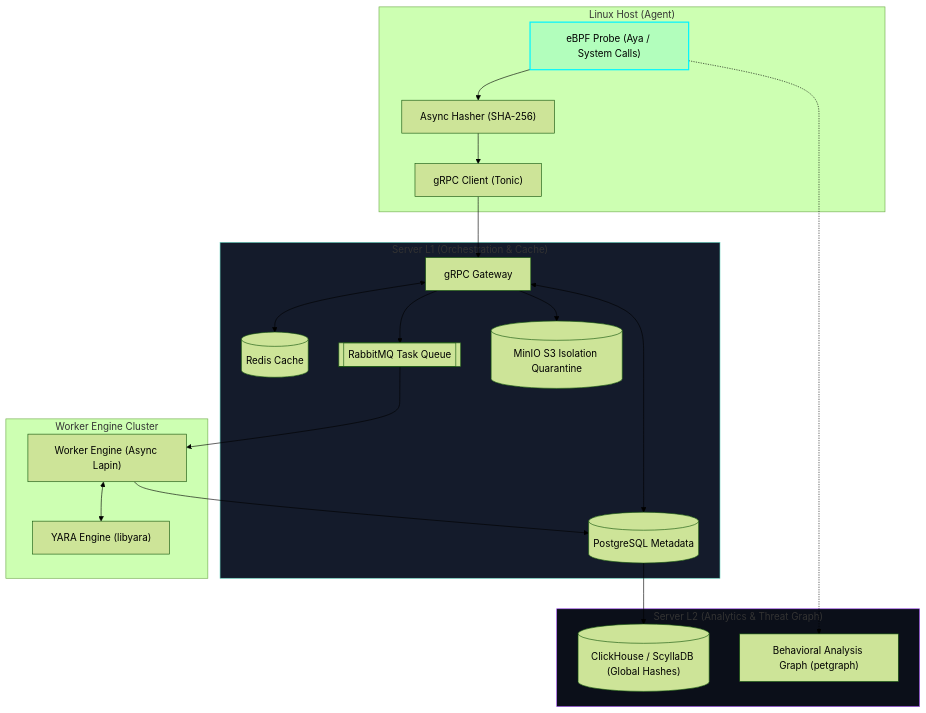
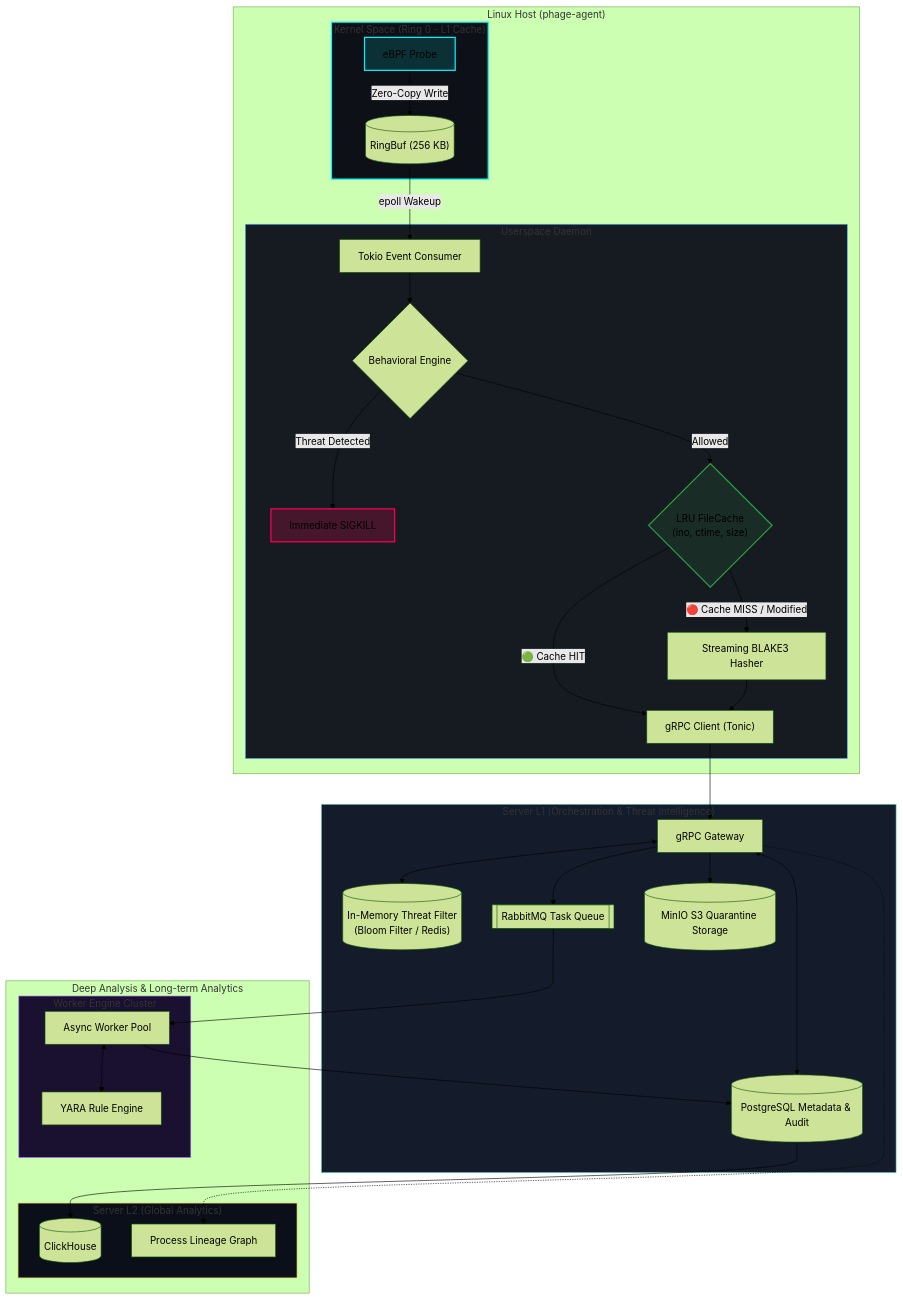
One commit to herabel/phage-rs changed the diagram in README.md. Above: the diagram before and after it, drawn with Mermaid (forest theme). The commit also changed other lines of this file, not shown here.

Commit message:
docs: enhance README with detailed project information
Expanded the README to include detailed descriptions of functionality, architecture, and requirements.

````diff
--- a/README.md
+++ b/README.md
@@ -4,44 +38,67 @@
 ```mermaid
-graph TD
-    subgraph Client ["Linux Host (Agent)"]
-        EBPF["eBPF Probe (Aya / System Calls)"]
-        HASH["Async Hasher (SHA-256)"]
-        GRPC_C["gRPC Client (Tonic)"]
-        EBPF --> HASH --> GRPC_C
+flowchart TD
+    subgraph Host ["Linux Host (phage-agent)"]
+        subgraph Kernel ["Kernel Space (Ring 0 - L1 Cache)"]
+            EBPF["eBPF Probe"]
+            RING[("RingBuf (256 KB)")]
+            EBPF -->|Zero-Copy Write| RING
+        end
+
+        subgraph Agent ["Userspace Daemon"]
+            TOKIO["Tokio Event Consumer"]
+            DETECTOR{"Behavioral Engine"}
+            KILL["Immediate SIGKILL"]
+            CACHE{"LRU FileCache<br/>(ino, ctime, size)"}
+            HASHER["Streaming BLAKE3 Hasher"]
+            CLIENT["gRPC Client (Tonic)"]
+
+            RING -->|epoll Wakeup| TOKIO
+            TOKIO --> DETECTOR
+            DETECTOR -->|Threat Detected| KILL
+            DETECTOR -->|Allowed| CACHE
+            CACHE -->|🟢 Cache HIT| CLIENT
+            CACHE -->|🔴 Cache MISS / Modified| HASHER
+            HASHER --> CLIENT
+        end
     end
 
-    subgraph L1 ["Server L1 (Orchestration & Cache)"]
+    subgraph L1 ["Server L1 (Orchestration & Threat Intelligence)"]
         GW["gRPC Gateway"]
-        REDIS[("Redis Cache")]
+        BLOOM[("In-Memory Threat Filter<br/>(Bloom Filter / Redis)")]
         RABBIT[["RabbitMQ Task Queue"]]
-        PG[("PostgreSQL Metadata")]
-        MINIO[("MinIO S3 Isolation Quarantine")]
-        
-        GRPC_C --> GW
-        GW <--> REDIS
+        PG[("PostgreSQL Metadata & Audit")]
+        MINIO[("MinIO S3 Quarantine Storage")]
+
+        CLIENT --> GW
+        GW <--> BLOOM
         GW --> RABBIT
         GW <--> PG
         GW --> MINIO
     end
 
-    subgraph Workers ["Worker Engine Cluster"]
-        W_ENG["Worker Engine (Async Lapin)"]
-        YARA["YARA Engine (libyara)"]
-        
-        RABBIT --> W_ENG
-        W_ENG <--> YARA
-        W_ENG --> PG
+    subgraph Backend ["Deep Analysis & Long-term Analytics"]
+        subgraph Workers ["Worker Engine Cluster"]
+            W_ENG["Async Worker Pool"]
+            YARA["YARA Rule Engine"]
+            RABBIT --> W_ENG
+            W_ENG <--> YARA
+            W_ENG --> PG
+        end
+
+        subgraph L2 ["Server L2 (Global Analytics)"]
+            CH[("ClickHouse")]
+            GRAPH["Process Lineage Graph"]
+            PG --> CH
+            GW -.-> GRAPH
+        end
     end
 
-    subgraph L2 ["Server L2 (Analytics & Threat Graph)"]
-        CH[("ClickHouse / ScyllaDB (Global Hashes)")]
-        GRAPH["Behavioral Analysis Graph (petgraph)"]
-        
-        PG --> CH
-        EBPF -.-> GRAPH
-    end
-
+    style Kernel fill:#0d1117,stroke:#00f5ff,stroke-width:2px
+    style Agent fill:#161b22,stroke:#58a6ff,stroke-width:1px
     style EBPF fill:#00f5ff22,stroke:#00f5ff,stroke-width:2px
+    style KILL fill:#ff005533,stroke:#ff0055,stroke-width:2px
+    style CACHE fill:#2ea04322,stroke:#2ea043,stroke-width:2px
     style L1 fill:#141b2b,stroke:#63d1bc,stroke-width:1px
-    style L2 fill:#0b0f19,stroke:#a855f7,stroke-width:1px
+    style Workers fill:#1a102f,stroke:#a855f7,stroke-width:1px
+    style L2 fill:#0b0f19,stroke:#e3b341,stroke-width:1px
 ```
````
